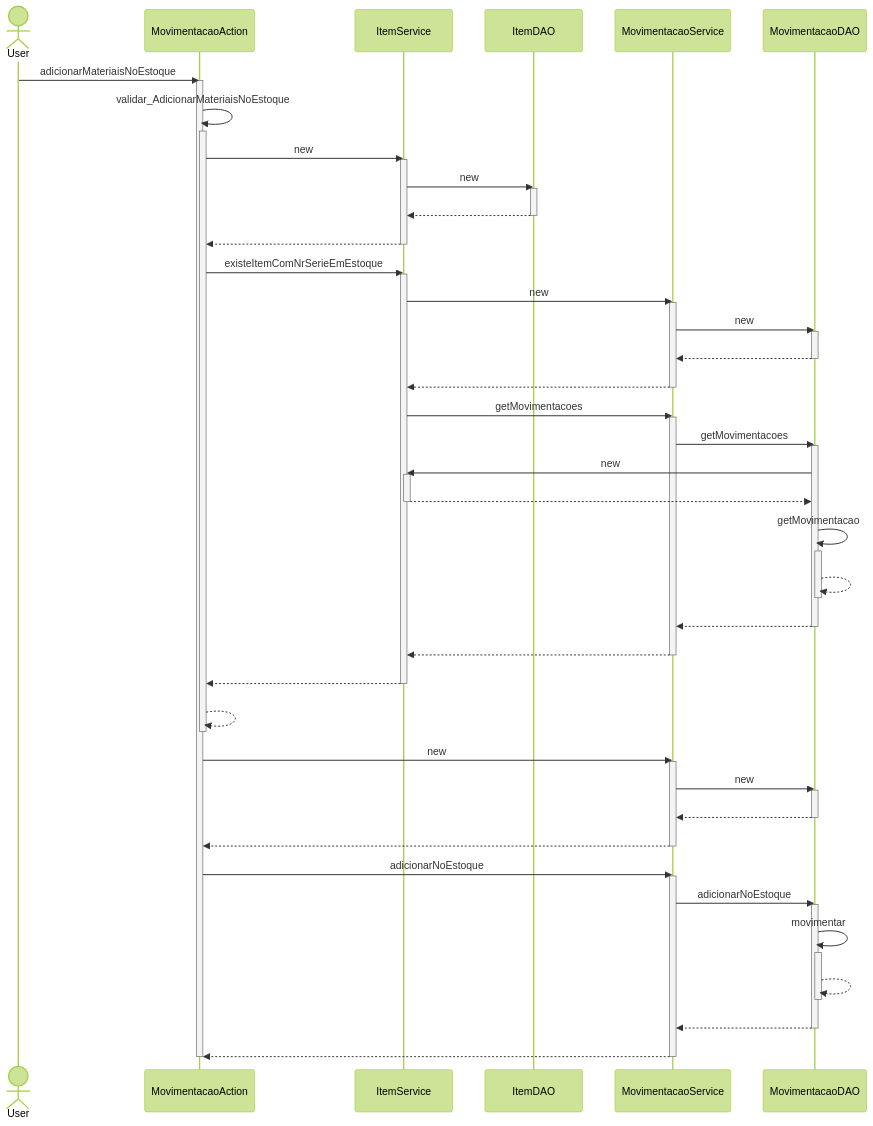
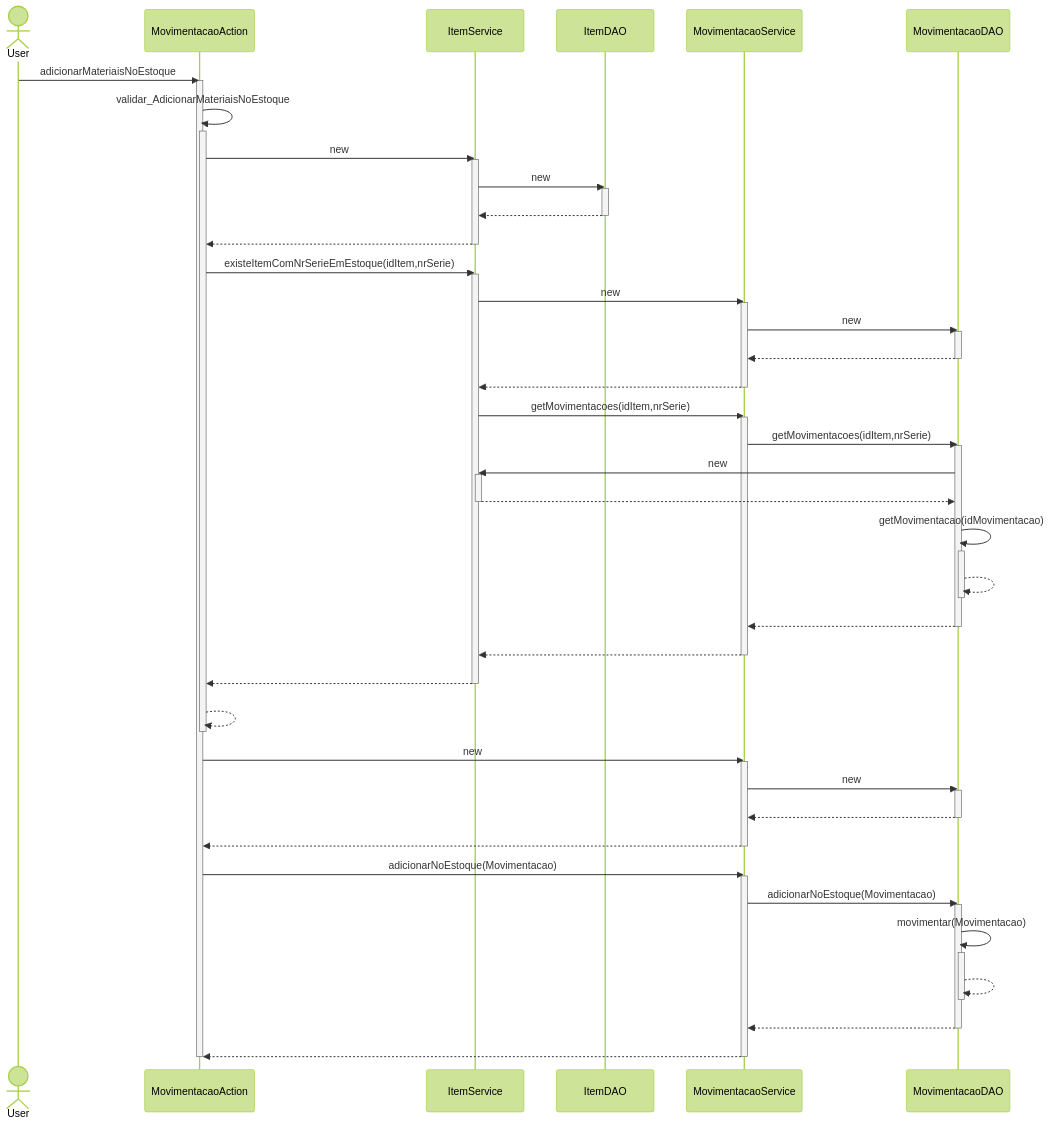
Before and after one commit to branqsMRP/SequenceDiagram: the diagram in DiagramaSequencia/Novo Diagrama Sequencia/Movimentacao/Adicionar Materiais No Estoque.mmd, drawn with Mermaid (forest theme). The commit also changed 2 other files, not shown here.

Commit message:
Adicionando parametros em movimentacao

```diff
--- a/DiagramaSequencia/Novo Diagrama Sequencia/Movimentacao/Adicionar Materiais No Estoque.mmd
+++ b/DiagramaSequencia/Novo Diagrama Sequencia/Movimentacao/Adicionar Materiais No Estoque.mmd
@@ -1,65 +1,65 @@
 sequenceDiagram
 actor User
 User ->> MovimentacaoAction : adicionarMateriaisNoEstoque
 activate MovimentacaoAction
 MovimentacaoAction ->> MovimentacaoAction : validar_AdicionarMateriaisNoEstoque
 activate MovimentacaoAction
 MovimentacaoAction ->> ItemService : new
 activate ItemService
 ItemService ->> ItemDAO : new
 activate ItemDAO
 ItemDAO -->> ItemService : #32; 
 deactivate ItemDAO
 ItemService -->> MovimentacaoAction : #32; 
 deactivate ItemService
-MovimentacaoAction ->> ItemService : existeItemComNrSerieEmEstoque
+MovimentacaoAction ->> ItemService : existeItemComNrSerieEmEstoque(idItem,nrSerie)
 activate ItemService
 ItemService ->> MovimentacaoService : new
 activate MovimentacaoService
 MovimentacaoService ->> MovimentacaoDAO : new
 activate MovimentacaoDAO
 MovimentacaoDAO -->> MovimentacaoService : #32; 
 deactivate MovimentacaoDAO
 MovimentacaoService -->> ItemService : #32; 
 deactivate MovimentacaoService
-ItemService ->> MovimentacaoService : getMovimentacoes
+ItemService ->> MovimentacaoService : getMovimentacoes(idItem,nrSerie)
 activate MovimentacaoService
-MovimentacaoService ->> MovimentacaoDAO : getMovimentacoes
+MovimentacaoService ->> MovimentacaoDAO : getMovimentacoes(idItem,nrSerie)
 activate MovimentacaoDAO
 MovimentacaoDAO ->> ItemService : new
 activate ItemService
 ItemService -->> MovimentacaoDAO : #32; 
 deactivate ItemService
-MovimentacaoDAO ->> MovimentacaoDAO : getMovimentacao
+MovimentacaoDAO ->> MovimentacaoDAO : getMovimentacao(idMovimentacao)
 activate MovimentacaoDAO
 MovimentacaoDAO -->> MovimentacaoDAO : #32; 
 deactivate MovimentacaoDAO
 MovimentacaoDAO -->> MovimentacaoService : #32; 
 deactivate MovimentacaoDAO
 MovimentacaoService -->> ItemService : #32; 
 deactivate MovimentacaoService
 ItemService -->> MovimentacaoAction : #32; 
 deactivate ItemService
 MovimentacaoAction -->> MovimentacaoAction : #32; 
 deactivate MovimentacaoAction
 MovimentacaoAction ->> MovimentacaoService : new
 activate MovimentacaoService
 MovimentacaoService ->> MovimentacaoDAO : new
 activate MovimentacaoDAO
 MovimentacaoDAO -->> MovimentacaoService : #32; 
 deactivate MovimentacaoDAO
 MovimentacaoService -->> MovimentacaoAction : #32; 
 deactivate MovimentacaoService
-MovimentacaoAction ->> MovimentacaoService : adicionarNoEstoque
+MovimentacaoAction ->> MovimentacaoService : adicionarNoEstoque(Movimentacao)
 activate MovimentacaoService
-MovimentacaoService ->> MovimentacaoDAO : adicionarNoEstoque
+MovimentacaoService ->> MovimentacaoDAO : adicionarNoEstoque(Movimentacao)
 activate MovimentacaoDAO
-MovimentacaoDAO ->> MovimentacaoDAO : movimentar
+MovimentacaoDAO ->> MovimentacaoDAO : movimentar(Movimentacao)
 activate MovimentacaoDAO
 MovimentacaoDAO -->> MovimentacaoDAO : #32; 
 deactivate MovimentacaoDAO
 MovimentacaoDAO -->> MovimentacaoService : #32; 
 deactivate MovimentacaoDAO
 MovimentacaoService -->> MovimentacaoAction : #32; 
 deactivate MovimentacaoService
 deactivate MovimentacaoAction
```
